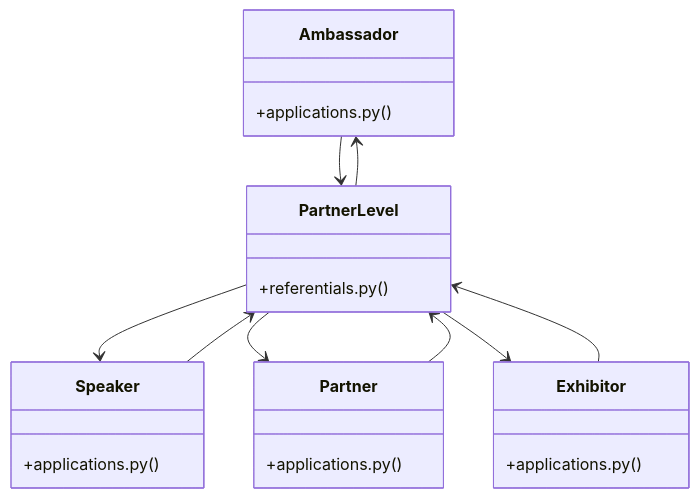
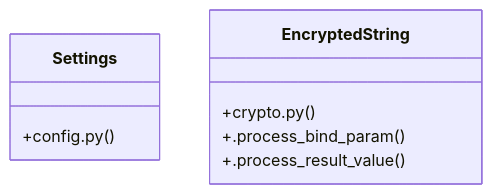
One commit to adjanayo/synca_conf_back changed the diagram in graphify-out/wiki/[authenticate_admin()_&_make_admin()]_Cluster.md. Above: the diagram before and after it, drawn with Mermaid. The commit also changed other lines of this file and 82 other files, not shown here.

Commit message:
docs: mise à jour graphify (graphe du code)

````diff
--- a/graphify-out/wiki/[authenticate_admin()_&_make_admin()]_Cluster.md
+++ b/graphify-out/wiki/[authenticate_admin()_&_make_admin()]_Cluster.md
@@ -36,26 +36,11 @@
 ```mermaid
 classDiagram
-    class Ambassador {
-        +applications.py()
+    class Settings {
+        +config.py()
     }
-    class Exhibitor {
-        +applications.py()
+    class EncryptedString {
+        +crypto.py()
+        +.process_bind_param()
+        +.process_result_value()
     }
-    class Partner {
-        +applications.py()
-    }
-    class Speaker {
-        +applications.py()
-    }
-    class PartnerLevel {
-        +referentials.py()
-    }
-    Ambassador --> PartnerLevel
-    Exhibitor --> PartnerLevel
-    Partner --> PartnerLevel
-    Speaker --> PartnerLevel
-    PartnerLevel --> Speaker
-    PartnerLevel --> Ambassador
-    PartnerLevel --> Partner
-    PartnerLevel --> Exhibitor
 ```
````
